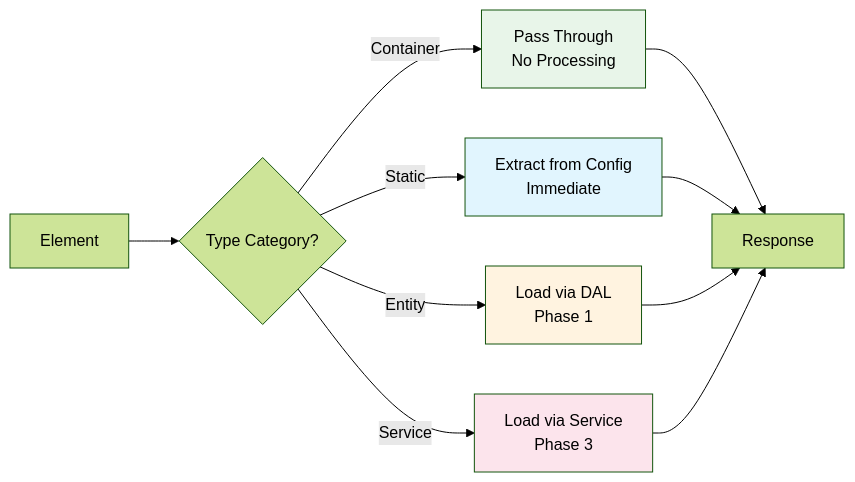
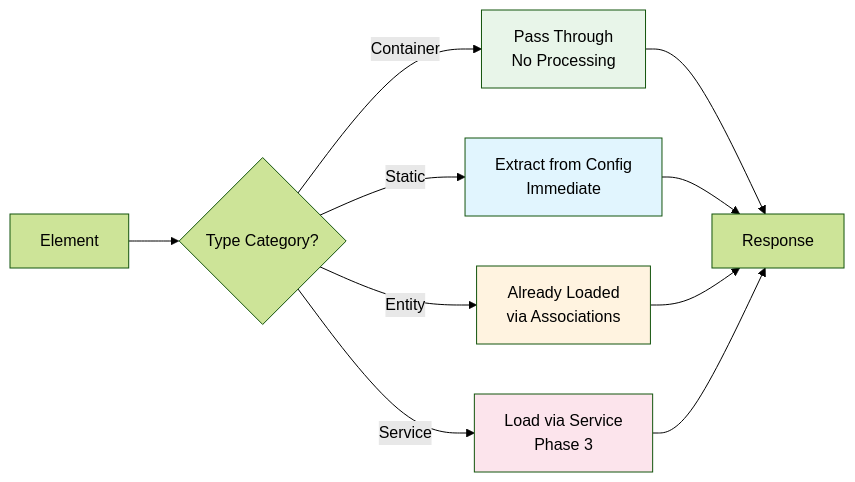
The third of 3 diagrams in src/Storefront/Controller/shopware-cms-v2-architecture.md (shopware/shopware), drawn with Mermaid (forest theme) before and after one commit. The commit also changed other lines of this file, not shown here.

````diff
--- a/src/Storefront/Controller/shopware-cms-v2-architecture.md
+++ b/src/Storefront/Controller/shopware-cms-v2-architecture.md
@@ -151,18 +151,18 @@
 ```mermaid
 graph LR
     E[Element] --> T{Type Category?}
     T -->|Container| C[Pass Through<br/>No Processing]
     T -->|Static| S[Extract from Config<br/>Immediate]
-    T -->|Entity| EN[Load via DAL<br/>Phase 1]
+    T -->|Entity| EN[Already Loaded<br/>via Associations]
     T -->|Service| SE[Load via Service<br/>Phase 3]
     
     C --> R[Response]
     S --> R
     EN --> R
     SE --> R
     
     style C fill:#e8f5e9
     style S fill:#e1f5fe
     style EN fill:#fff3e0
     style SE fill:#fce4ec
 ```
````
